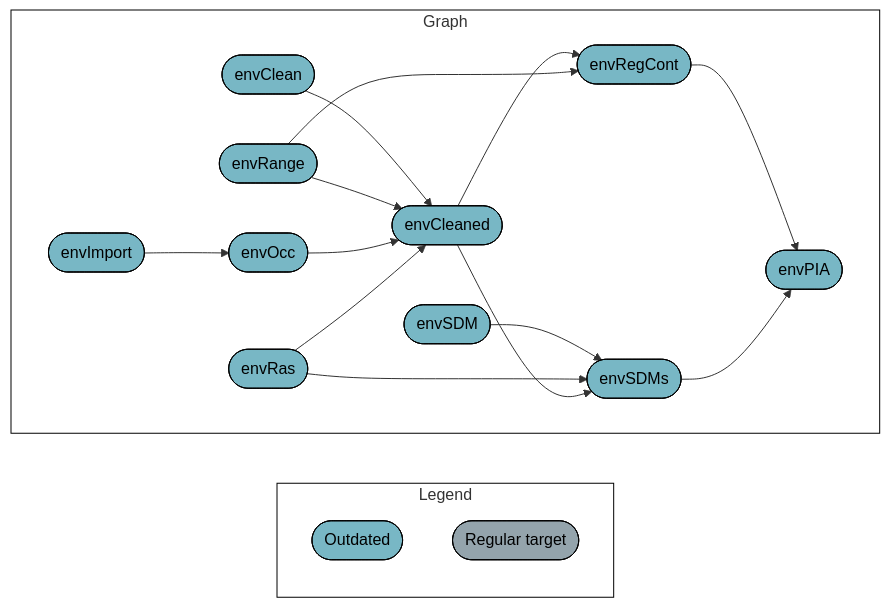
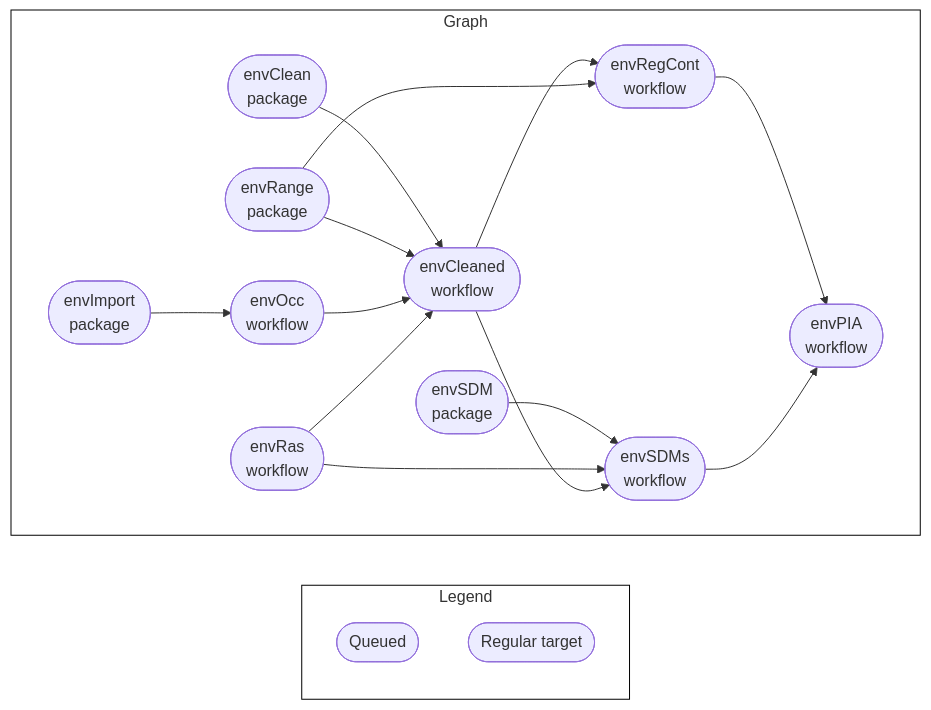
Before and after one commit to dew-landscapes/.github: the diagram in profile/README.md, drawn with Mermaid. The commit also changed other lines of this file and 2 other files, not shown here.

Commit message:
read me appears to be working

````diff
--- a/profile/README.md
+++ b/profile/README.md
@@ -42,27 +35,25 @@
 ``` mermaid
 graph LR
   style Legend fill:#FFFFFF00,stroke:#000000;
   style Graph fill:#FFFFFF00,stroke:#000000;
   subgraph Legend
-    x2db1ec7a48f65a9b(["Outdated"]):::outdated
+    xa3883d8216f2b511(["Queued"]):::queued
     xd03d7c7dd2ddda2b(["Regular target"]):::none
   end
   subgraph Graph
     direction LR
-    x199e33ac94c360fd(["envClean"]):::outdated --> x4e1f08a5bd05b882(["envCleaned"]):::outdated
-    x4f41d9ef8b70ed0e(["envRange"]):::outdated --> x4e1f08a5bd05b882(["envCleaned"]):::outdated
-    x9d3addc2d3c28cb0(["envOcc"]):::outdated --> x4e1f08a5bd05b882(["envCleaned"]):::outdated
-    x67b5feaf09e4d0ca(["envRas"]):::outdated --> x4e1f08a5bd05b882(["envCleaned"]):::outdated
-    xa419b1871c902a02(["envImport"]):::outdated --> x9d3addc2d3c28cb0(["envOcc"]):::outdated
-    x5499a04bf3778295(["envRegCont"]):::outdated --> x2cb0f2dc918c8a98(["envPIA"]):::outdated
-    xc1054dd4c63b18e0(["envSDMs"]):::outdated --> x2cb0f2dc918c8a98(["envPIA"]):::outdated
-    x4e1f08a5bd05b882(["envCleaned"]):::outdated --> x5499a04bf3778295(["envRegCont"]):::outdated
-    x4f41d9ef8b70ed0e(["envRange"]):::outdated --> x5499a04bf3778295(["envRegCont"]):::outdated
-    x07cddf360e9b199e(["envSDM"]):::outdated --> xc1054dd4c63b18e0(["envSDMs"]):::outdated
-    x67b5feaf09e4d0ca(["envRas"]):::outdated --> xc1054dd4c63b18e0(["envSDMs"]):::outdated
-    x4e1f08a5bd05b882(["envCleaned"]):::outdated --> xc1054dd4c63b18e0(["envSDMs"]):::outdated
+    x199e33ac94c360fd(["envClean<br>package"]):::queued --> x4e1f08a5bd05b882(["envCleaned<br>workflow"]):::queued
+    x4f41d9ef8b70ed0e(["envRange<br>package"]):::queued --> x4e1f08a5bd05b882(["envCleaned<br>workflow"]):::queued
+    x9d3addc2d3c28cb0(["envOcc<br>workflow"]):::queued --> x4e1f08a5bd05b882(["envCleaned<br>workflow"]):::queued
+    x67b5feaf09e4d0ca(["envRas<br>workflow"]):::queued --> x4e1f08a5bd05b882(["envCleaned<br>workflow"]):::queued
+    xa419b1871c902a02(["envImport<br>package"]):::queued --> x9d3addc2d3c28cb0(["envOcc<br>workflow"]):::queued
+    x5499a04bf3778295(["envRegCont<br>workflow"]):::queued --> x2cb0f2dc918c8a98(["envPIA<br>workflow"]):::queued
+    xc1054dd4c63b18e0(["envSDMs<br>workflow"]):::queued --> x2cb0f2dc918c8a98(["envPIA<br>workflow"]):::queued
+    x4e1f08a5bd05b882(["envCleaned<br>workflow"]):::queued --> x5499a04bf3778295(["envRegCont<br>workflow"]):::queued
+    x4f41d9ef8b70ed0e(["envRange<br>package"]):::queued --> x5499a04bf3778295(["envRegCont<br>workflow"]):::queued
+    x07cddf360e9b199e(["envSDM<br>package"]):::queued --> xc1054dd4c63b18e0(["envSDMs<br>workflow"]):::queued
+    x67b5feaf09e4d0ca(["envRas<br>workflow"]):::queued --> xc1054dd4c63b18e0(["envSDMs<br>workflow"]):::queued
+    x4e1f08a5bd05b882(["envCleaned<br>workflow"]):::queued --> xc1054dd4c63b18e0(["envSDMs<br>workflow"]):::queued
     
   end
-  classDef outdated stroke:#000000,color:#000000,fill:#78B7C5;
-  classDef none stroke:#000000,color:#000000,fill:#94a4ac;
 ```
````
